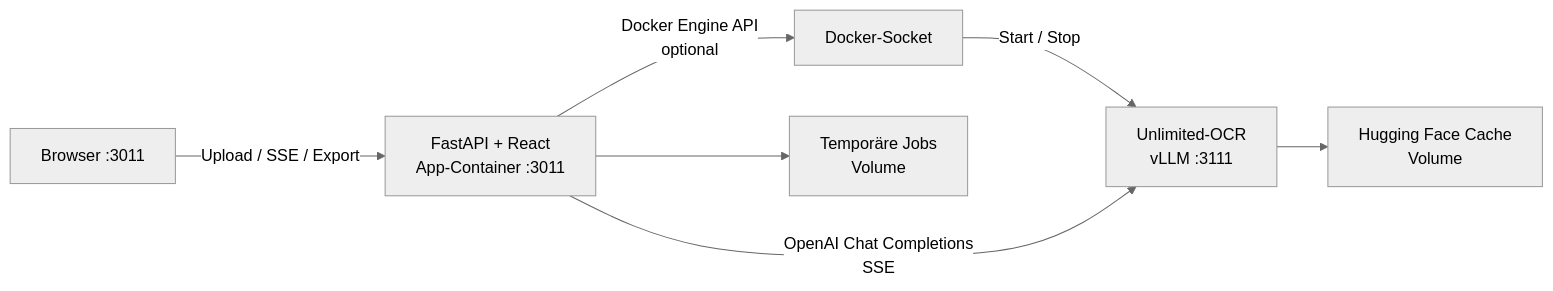
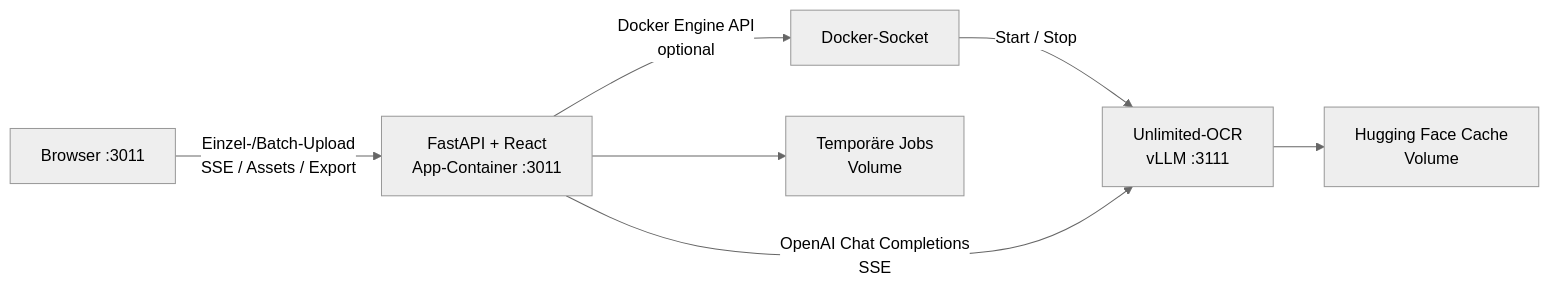
Before and after one commit to timbornemann/Open-OCR-Control: the first of 2 diagrams in docs/architecture.md, drawn with Mermaid (neutral theme). The commit also changed other lines of this file and 29 other files, not shown here.

````diff
--- a/docs/architecture.md
+++ b/docs/architecture.md
@@ -10,9 +10,9 @@
 ```mermaid
 flowchart LR
-    B["Browser :3011"] -->|"Upload / SSE / Export"| A["FastAPI + React\nApp-Container :3011"]
+    B["Browser :3011"] -->|"Einzel-/Batch-Upload\nSSE / Assets / Export"| A["FastAPI + React\nApp-Container :3011"]
     A -->|"Docker Engine API\noptional"| D["Docker-Socket"]
     D -->|"Start / Stop"| O["Unlimited-OCR\nvLLM :3111"]
     A -->|"OpenAI Chat Completions\nSSE"| O
     A --> T["Temporäre Jobs\nVolume"]
     O --> H["Hugging Face Cache\nVolume"]
 ```
````
